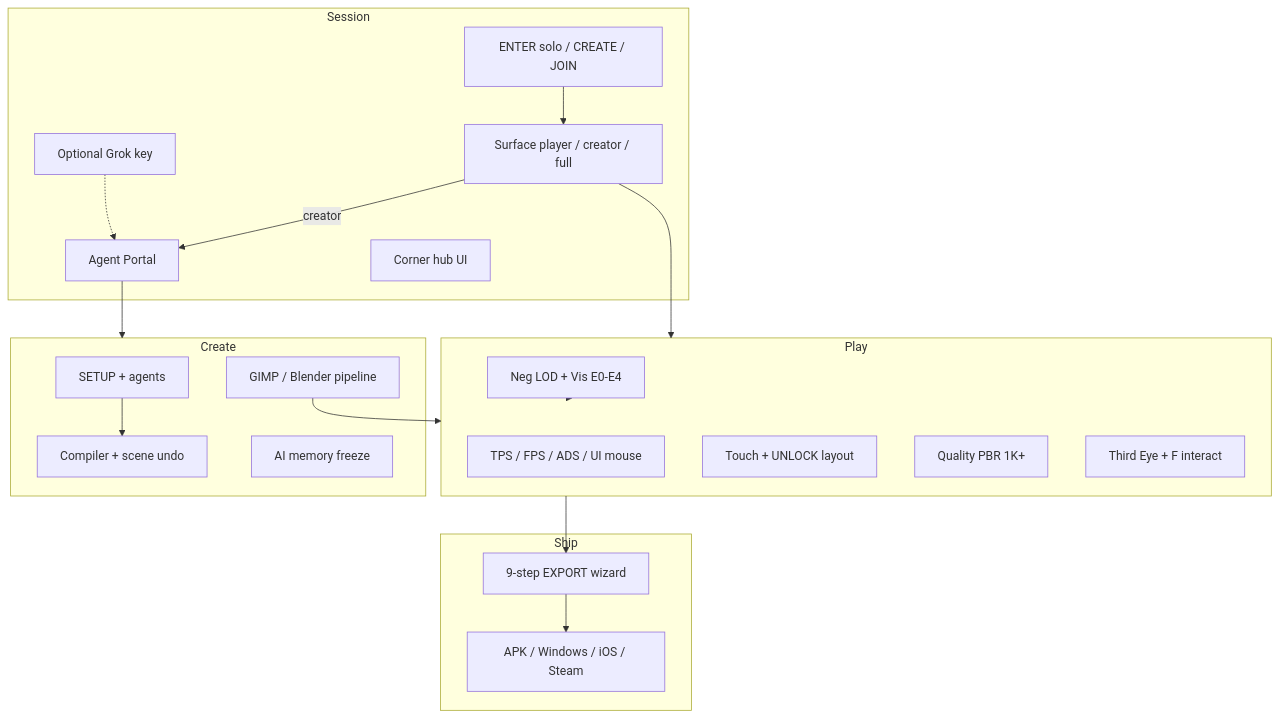
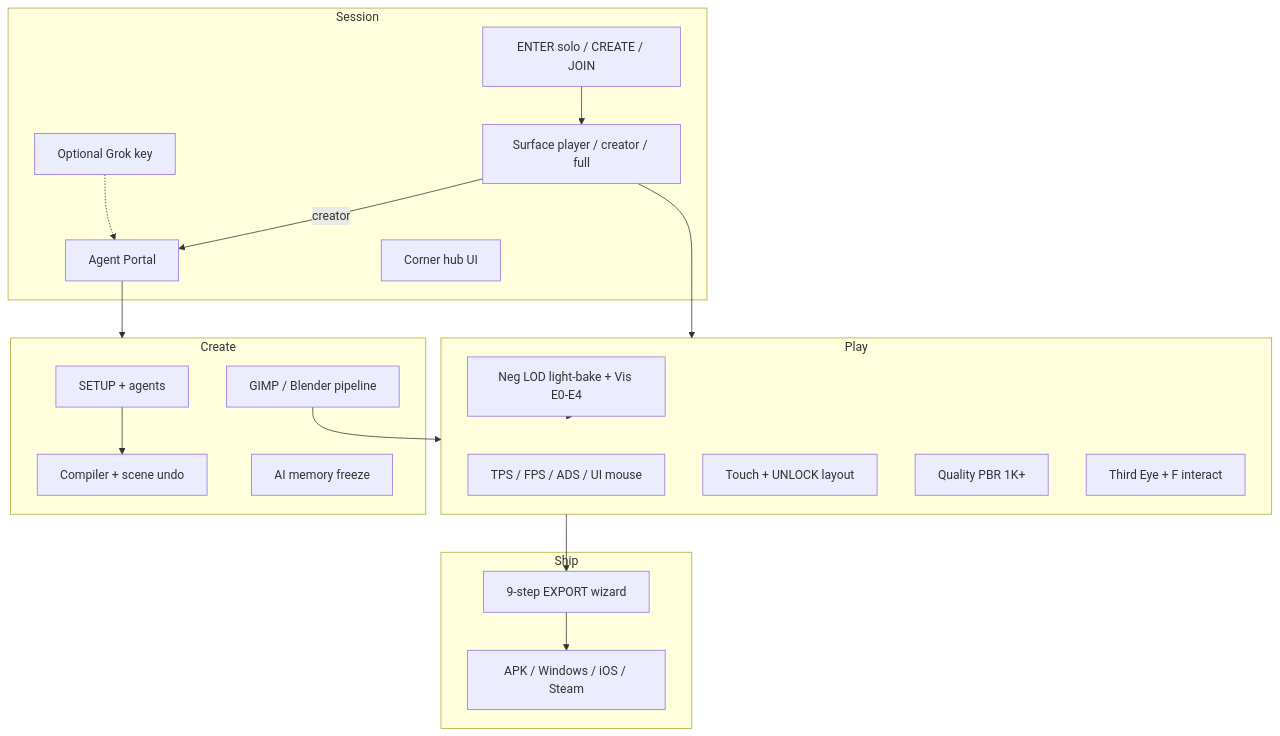
The diagram in docs/README.md (medicinalsheep/threshold), drawn with Mermaid before and after one commit. The commit also changed other lines of this file and 22 other files, not shown here.

````diff
--- a/docs/README.md
+++ b/docs/README.md
@@ -24,35 +24,35 @@
 ```mermaid
 flowchart TB
     subgraph session [Session]
         LOBBY[ENTER solo / CREATE / JOIN]
         SURF[Surface player / creator / full]
         PORTAL[Agent Portal]
         HUBS[Corner hub UI]
         AUTH[Optional Grok key]
     end
     subgraph play [Play]
         TPS[TPS / FPS / ADS / UI mouse]
         TOUCH[Touch + UNLOCK layout]
         PBR[Quality PBR 1K+]
         TE[Third Eye + F interact]
-        PERF[Neg LOD + Vis E0-E4]
+        PERF[Neg LOD light-bake + Vis E0-E4]
     end
     subgraph create [Create]
         SETUP[SETUP + agents]
         COMP[Compiler + scene undo]
         ART[GIMP / Blender pipeline]
         FREEZE[AI memory freeze]
     end
     subgraph ship [Ship]
         EXP[9-step EXPORT wizard]
         NAT[APK / Windows / iOS / Steam]
     end
     LOBBY --> SURF
     SURF --> play
     SURF -->|creator| PORTAL --> create
     AUTH -.-> PORTAL
     SETUP --> COMP
     ART --> play
     play --> EXP --> NAT
     PERF -.-> play
 ```
````
